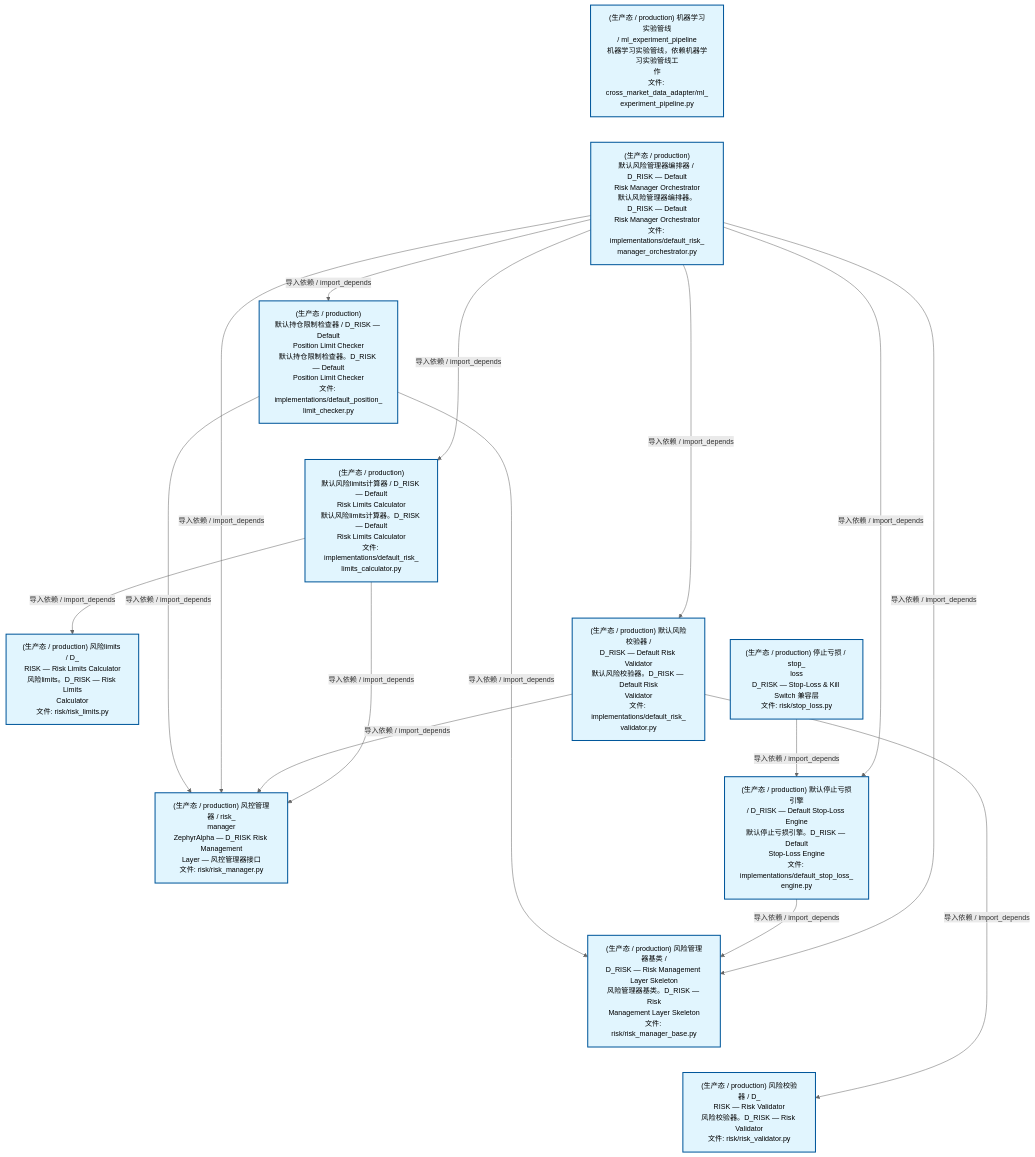
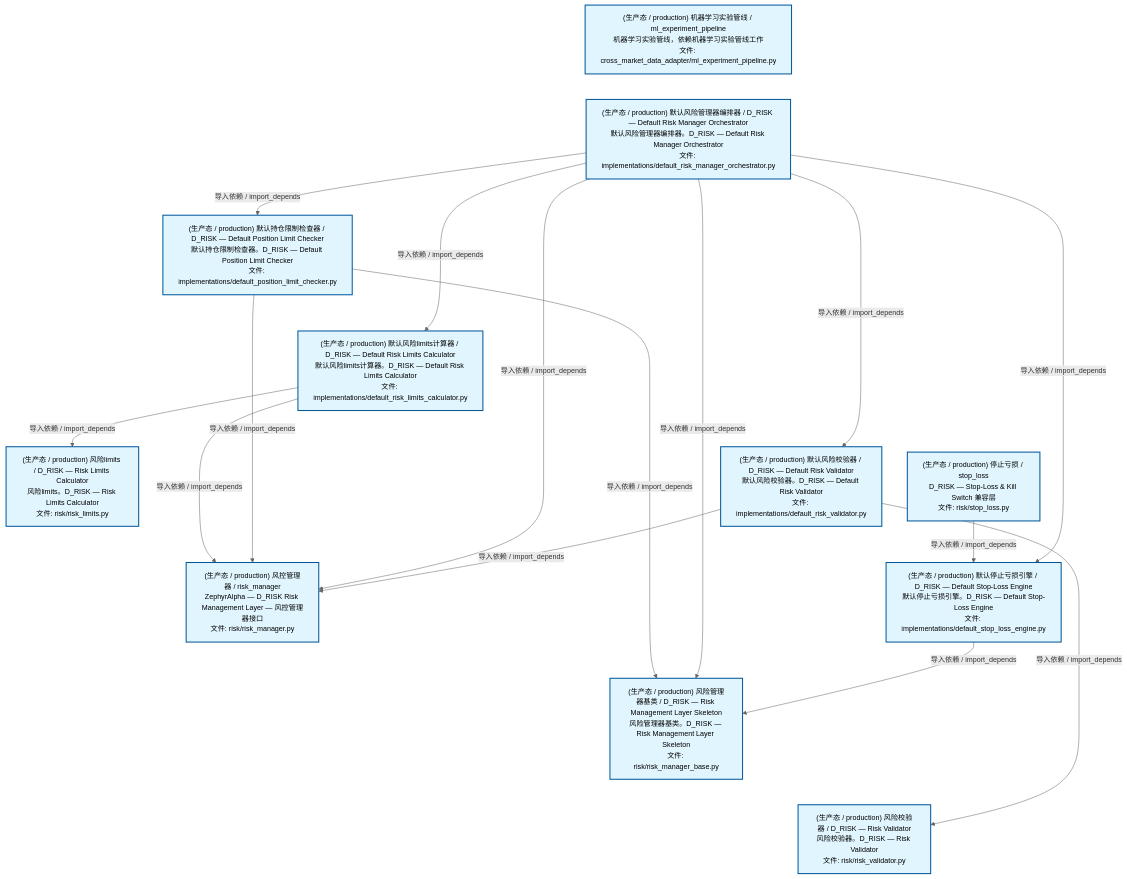
Before and after one commit to xuanFelixVan/ZephyrAlpha: the second of 4 diagrams in docs/02_enterprise_architecture/02_domain_architecture_docs/65_d_risk.md, drawn with Mermaid. The commit also changed other lines of this file and 71 other files, not shown here.

````diff
--- a/docs/02_enterprise_architecture/02_domain_architecture_docs/65_d_risk.md
+++ b/docs/02_enterprise_architecture/02_domain_architecture_docs/65_d_risk.md
@@ -134,42 +134,42 @@
 ```mermaid
 %%{init: {'theme': 'base', 'themeVariables': {'primaryColor': '#eaeaea', 'primaryTextColor': '#333333', 'primaryBorderColor': '#666666', 'lineColor': '#666666', 'secondaryColor': '#eaeaea', 'tertiaryColor': '#eaeaea', 'fontSize': '14px'}}}%%
 flowchart TD
-    src_zephyr_risk_cross_asset_cross_market_data_adapter_ml_experiment_pipeline_py["(生产态 / production) 机器学习实验管线<br/>/ ml_experiment_pipeline<br/>机器学习实验管线，依赖机器学习实验管线工<br/>作<br/>文件: cross_market_data_adapter/ml_<br/>experiment_pipeline.py"]
-    src_zephyr_risk_implementations_default_risk_manager_orchestrator_py["(生产态 / production)<br/>默认风险管理器编排器 / D_RISK — Default<br/>Risk Manager Orchestrator<br/>默认风险管理器编排器。D_RISK — Default<br/>Risk Manager Orchestrator<br/>文件: implementations/default_risk_<br/>manager_orchestrator.py"]
-    src_zephyr_risk_stop_loss_py["(生产态 / production) 停止亏损 / stop_<br/>loss<br/>D_RISK — Stop-Loss & Kill Switch 兼容层<br/>文件: risk/stop_loss.py"]
+    src_zephyr_risk_cross_asset_cross_market_data_adapter_ml_experiment_pipeline_py["(生产态 / production) 机器学习实验管线 / ml_experiment_pipeline<br/>机器学习实验管线，依赖机器学习实验管线工作<br/>文件: cross_market_data_adapter/ml_experiment_pipeline.py"]
+    src_zephyr_risk_implementations_default_risk_manager_orchestrator_py["(生产态 / production) 默认风险管理器编排器 / D_RISK — Default Risk Manager Orchestrator<br/>默认风险管理器编排器。D_RISK — Default Risk Manager Orchestrator<br/>文件: implementations/default_risk_manager_orchestrator.py"]
+    src_zephyr_risk_stop_loss_py["(生产态 / production) 停止亏损 / stop_loss<br/>D_RISK — Stop-Loss & Kill Switch 兼容层<br/>文件: risk/stop_loss.py"]
     src_zephyr_risk_cross_asset_cross_market_data_adapter_ml_experiment_pipeline_py ~~~ src_zephyr_risk_implementations_default_risk_manager_orchestrator_py
     src_zephyr_risk_implementations_default_risk_manager_orchestrator_py ~~~ src_zephyr_risk_stop_loss_py
-    src_zephyr_risk_implementations_default_position_limit_checker_py["(生产态 / production)<br/>默认持仓限制检查器 / D_RISK — Default<br/>Position Limit Checker<br/>默认持仓限制检查器。D_RISK — Default<br/>Position Limit Checker<br/>文件: implementations/default_position_<br/>limit_checker.py"]
-    src_zephyr_risk_implementations_default_risk_limits_calculator_py["(生产态 / production)<br/>默认风险limits计算器 / D_RISK — Default<br/>Risk Limits Calculator<br/>默认风险limits计算器。D_RISK — Default<br/>Risk Limits Calculator<br/>文件: implementations/default_risk_<br/>limits_calculator.py"]
-    src_zephyr_risk_implementations_default_risk_validator_py["(生产态 / production) 默认风险校验器 /<br/>D_RISK — Default Risk Validator<br/>默认风险校验器。D_RISK — Default Risk<br/>Validator<br/>文件: implementations/default_risk_<br/>validator.py"]
-    src_zephyr_risk_implementations_default_stop_loss_engine_py["(生产态 / production) 默认停止亏损引擎<br/>/ D_RISK — Default Stop-Loss Engine<br/>默认停止亏损引擎。D_RISK — Default<br/>Stop-Loss Engine<br/>文件: implementations/default_stop_loss_<br/>engine.py"]
+    src_zephyr_risk_implementations_default_position_limit_checker_py["(生产态 / production) 默认持仓限制检查器 / D_RISK — Default Position Limit Checker<br/>默认持仓限制检查器。D_RISK — Default Position Limit Checker<br/>文件: implementations/default_position_limit_checker.py"]
+    src_zephyr_risk_implementations_default_risk_limits_calculator_py["(生产态 / production) 默认风险limits计算器 / D_RISK — Default Risk Limits Calculator<br/>默认风险limits计算器。D_RISK — Default Risk Limits Calculator<br/>文件: implementations/default_risk_limits_calculator.py"]
+    src_zephyr_risk_implementations_default_risk_validator_py["(生产态 / production) 默认风险校验器 / D_RISK — Default Risk Validator<br/>默认风险校验器。D_RISK — Default Risk Validator<br/>文件: implementations/default_risk_validator.py"]
+    src_zephyr_risk_implementations_default_stop_loss_engine_py["(生产态 / production) 默认停止亏损引擎 / D_RISK — Default Stop-Loss Engine<br/>默认停止亏损引擎。D_RISK — Default Stop-Loss Engine<br/>文件: implementations/default_stop_loss_engine.py"]
     src_zephyr_risk_implementations_default_position_limit_checker_py ~~~ src_zephyr_risk_implementations_default_risk_limits_calculator_py
     src_zephyr_risk_implementations_default_risk_limits_calculator_py ~~~ src_zephyr_risk_implementations_default_risk_validator_py
     src_zephyr_risk_implementations_default_risk_validator_py ~~~ src_zephyr_risk_implementations_default_stop_loss_engine_py
-    src_zephyr_risk_risk_limits_py["(生产态 / production) 风险limits / D_<br/>RISK — Risk Limits Calculator<br/>风险limits。D_RISK — Risk Limits<br/>Calculator<br/>文件: risk/risk_limits.py"]
-    src_zephyr_risk_risk_manager_py["(生产态 / production) 风控管理器 / risk_<br/>manager<br/>ZephyrAlpha — D_RISK Risk Management<br/>Layer — 风控管理器接口<br/>文件: risk/risk_manager.py"]
-    src_zephyr_risk_risk_manager_base_py["(生产态 / production) 风险管理器基类 /<br/>D_RISK — Risk Management Layer Skeleton<br/>风险管理器基类。D_RISK — Risk<br/>Management Layer Skeleton<br/>文件: risk/risk_manager_base.py"]
-    src_zephyr_risk_risk_validator_py["(生产态 / production) 风险校验器 / D_<br/>RISK — Risk Validator<br/>风险校验器。D_RISK — Risk Validator<br/>文件: risk/risk_validator.py"]
+    src_zephyr_risk_risk_limits_py["(生产态 / production) 风险limits / D_RISK — Risk Limits Calculator<br/>风险limits。D_RISK — Risk Limits Calculator<br/>文件: risk/risk_limits.py"]
+    src_zephyr_risk_risk_manager_py["(生产态 / production) 风控管理器 / risk_manager<br/>ZephyrAlpha — D_RISK Risk Management Layer — 风控管理器接口<br/>文件: risk/risk_manager.py"]
+    src_zephyr_risk_risk_manager_base_py["(生产态 / production) 风险管理器基类 / D_RISK — Risk Management Layer Skeleton<br/>风险管理器基类。D_RISK — Risk Management Layer Skeleton<br/>文件: risk/risk_manager_base.py"]
+    src_zephyr_risk_risk_validator_py["(生产态 / production) 风险校验器 / D_RISK — Risk Validator<br/>风险校验器。D_RISK — Risk Validator<br/>文件: risk/risk_validator.py"]
     src_zephyr_risk_risk_limits_py ~~~ src_zephyr_risk_risk_manager_py
     src_zephyr_risk_risk_manager_py ~~~ src_zephyr_risk_risk_manager_base_py
     src_zephyr_risk_risk_manager_base_py ~~~ src_zephyr_risk_risk_validator_py
     src_zephyr_risk_stop_loss_py -->|导入依赖 / import_depends| src_zephyr_risk_implementations_default_stop_loss_engine_py
+    src_zephyr_risk_implementations_default_risk_limits_calculator_py -->|导入依赖 / import_depends| src_zephyr_risk_risk_limits_py
+    src_zephyr_risk_implementations_default_risk_limits_calculator_py -->|导入依赖 / import_depends| src_zephyr_risk_risk_manager_py
     src_zephyr_risk_implementations_default_position_limit_checker_py -->|导入依赖 / import_depends| src_zephyr_risk_risk_manager_py
     src_zephyr_risk_implementations_default_position_limit_checker_py -->|导入依赖 / import_depends| src_zephyr_risk_risk_manager_base_py
-    src_zephyr_risk_implementations_default_stop_loss_engine_py -->|导入依赖 / import_depends| src_zephyr_risk_risk_manager_base_py
     src_zephyr_risk_implementations_default_risk_manager_orchestrator_py -->|导入依赖 / import_depends| src_zephyr_risk_risk_manager_py
     src_zephyr_risk_implementations_default_risk_manager_orchestrator_py -->|导入依赖 / import_depends| src_zephyr_risk_risk_manager_base_py
+    src_zephyr_risk_implementations_default_risk_manager_orchestrator_py -->|导入依赖 / import_depends| src_zephyr_risk_implementations_default_risk_limits_calculator_py
     src_zephyr_risk_implementations_default_risk_manager_orchestrator_py -->|导入依赖 / import_depends| src_zephyr_risk_implementations_default_position_limit_checker_py
     src_zephyr_risk_implementations_default_risk_manager_orchestrator_py -->|导入依赖 / import_depends| src_zephyr_risk_implementations_default_stop_loss_engine_py
     src_zephyr_risk_implementations_default_risk_manager_orchestrator_py -->|导入依赖 / import_depends| src_zephyr_risk_implementations_default_risk_validator_py
-    src_zephyr_risk_implementations_default_risk_manager_orchestrator_py -->|导入依赖 / import_depends| src_zephyr_risk_implementations_default_risk_limits_calculator_py
+    src_zephyr_risk_implementations_default_stop_loss_engine_py -->|导入依赖 / import_depends| src_zephyr_risk_risk_manager_base_py
+    src_zephyr_risk_implementations_default_risk_validator_py -->|导入依赖 / import_depends| src_zephyr_risk_risk_manager_py
     src_zephyr_risk_implementations_default_risk_validator_py -->|导入依赖 / import_depends| src_zephyr_risk_risk_validator_py
-    src_zephyr_risk_implementations_default_risk_validator_py -->|导入依赖 / import_depends| src_zephyr_risk_risk_manager_py
-    src_zephyr_risk_implementations_default_risk_limits_calculator_py -->|导入依赖 / import_depends| src_zephyr_risk_risk_limits_py
-    src_zephyr_risk_implementations_default_risk_limits_calculator_py -->|导入依赖 / import_depends| src_zephyr_risk_risk_manager_py
     classDef production fill:#e1f5fe,stroke:#01579b,stroke-width:2px,color:#000
     classDef design fill:#fff3e0,stroke:#e65100,stroke-width:2px,color:#000,stroke-dasharray: 5 5
     classDef external_prod fill:#e8f4fd,stroke:#0277bd,stroke-width:1px,color:#000
     classDef external_design fill:#fff8e7,stroke:#ef6c00,stroke-width:1px,color:#000,stroke-dasharray: 5 5
     class src_zephyr_risk_cross_asset_cross_market_data_adapter_ml_experiment_pipeline_py,src_zephyr_risk_implementations_default_position_limit_checker_py,src_zephyr_risk_implementations_default_risk_limits_calculator_py,src_zephyr_risk_implementations_default_risk_manager_orchestrator_py,src_zephyr_risk_implementations_default_risk_validator_py,src_zephyr_risk_implementations_default_stop_loss_engine_py,src_zephyr_risk_risk_limits_py,src_zephyr_risk_risk_manager_py,src_zephyr_risk_risk_manager_base_py,src_zephyr_risk_risk_validator_py,src_zephyr_risk_stop_loss_py production
 ```
````
